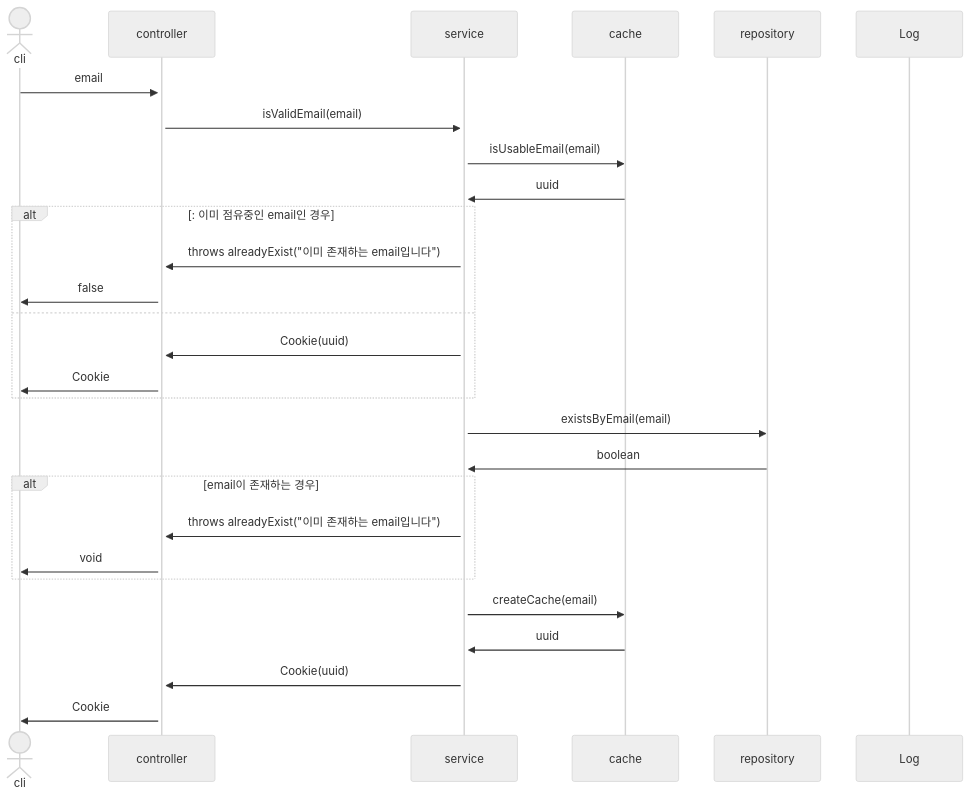
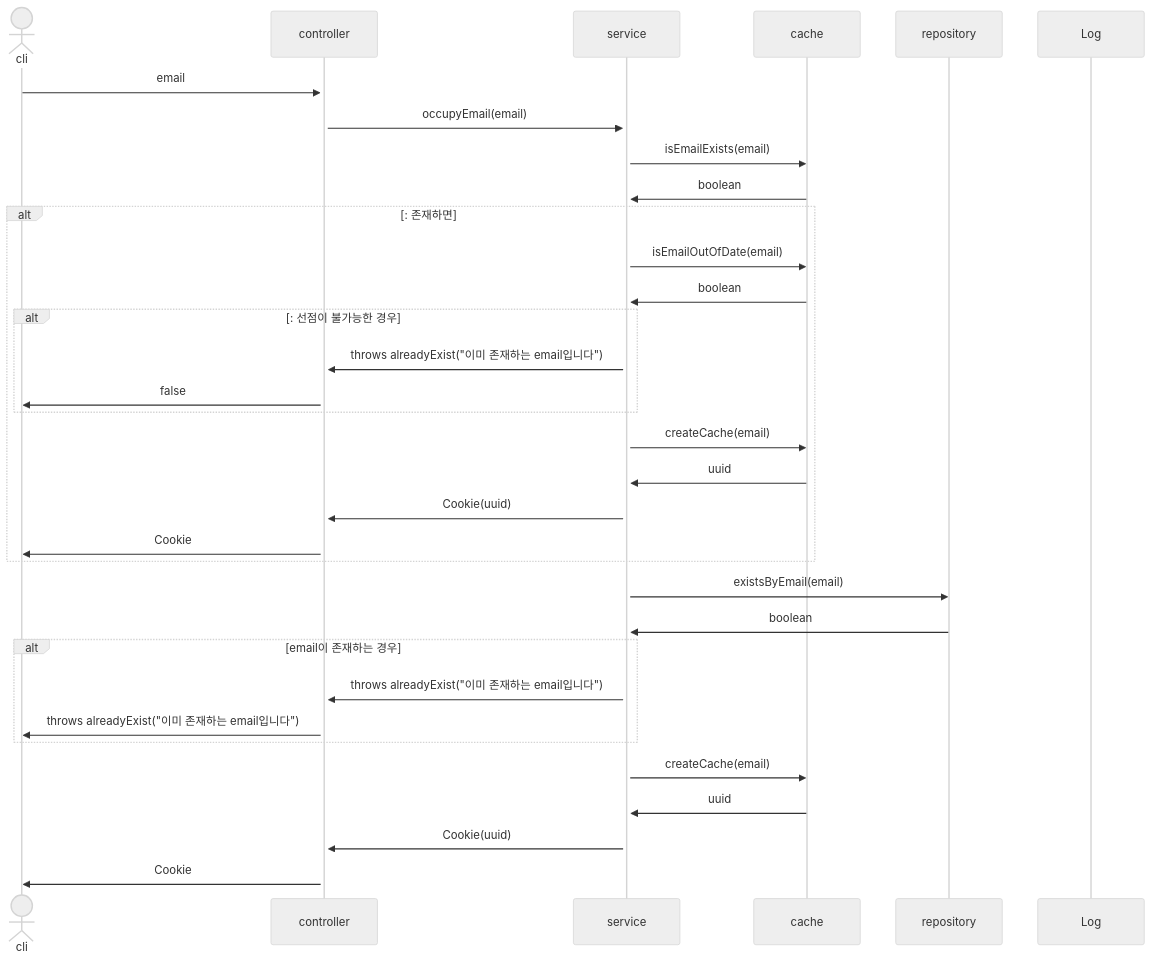
The first of 30 diagrams in sequence.md (mtak0235/snsX), drawn with Mermaid (neutral theme) before and after one commit. The commit also changed other lines of this file, not shown here.

Commit message:
update isValidMember... -> occupyMember... sequence diagram

````diff
--- a/sequence.md
+++ b/sequence.md
@@ -3,31 +3,36 @@
 ```mermaid
 sequenceDiagram
 actor cli
 participant c as controller
 participant s as service
 participant ca as cache
 participant r as repository
 participant l as Log
 
 cli->>+c: email
-c->>+s: isValidEmail(email)
-s->>ca: isUsableEmail(email)
-ca->>s: uuid
-alt: 이미 점유중인 email인 경우
+c->>+s: occupyEmail(email)
+s->>ca: isEmailExists(email)
+ca->>s: boolean
+alt: 존재하면
+s->>ca: isEmailOutOfDate(email)
+ca->>s: boolean
+alt: 선점이 불가능한 경우
 s->>c: throws alreadyExist("이미 존재하는 email입니다")
 c->>cli: false
-else
+end
+s->>ca: createCache(email)
+ca->>s: uuid
 s->>c: Cookie(uuid)
 c->>cli: Cookie
 end
 s->>r: existsByEmail(email)
 r->>s: boolean
 alt email이 존재하는 경우
 s->>c: throws alreadyExist("이미 존재하는 email입니다")
-c->>cli: void
+c->>cli: throws alreadyExist("이미 존재하는 email입니다")
 end
 s->>ca: createCache(email)
 ca->>s: uuid
 s->>c: Cookie(uuid)
 c->>cli: Cookie
 ```
````
